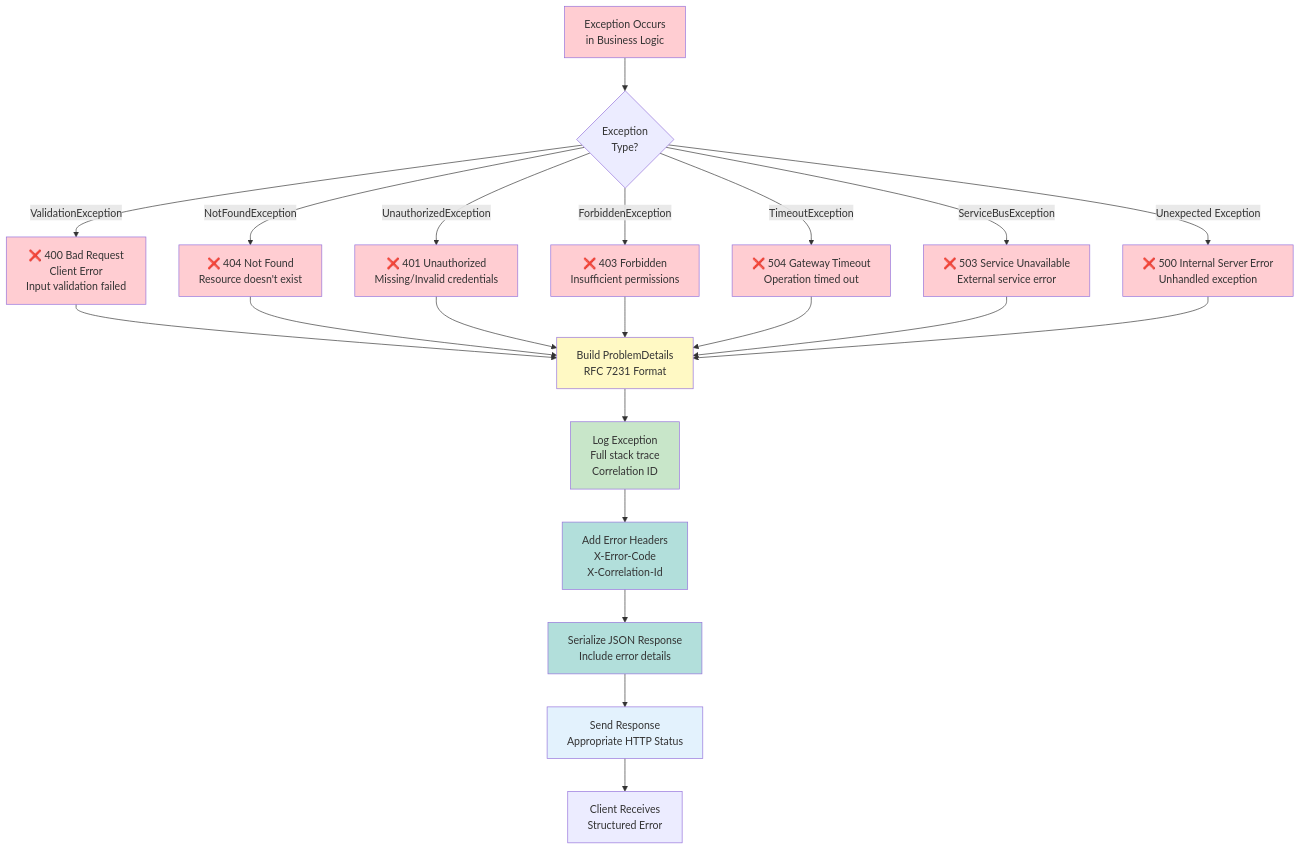
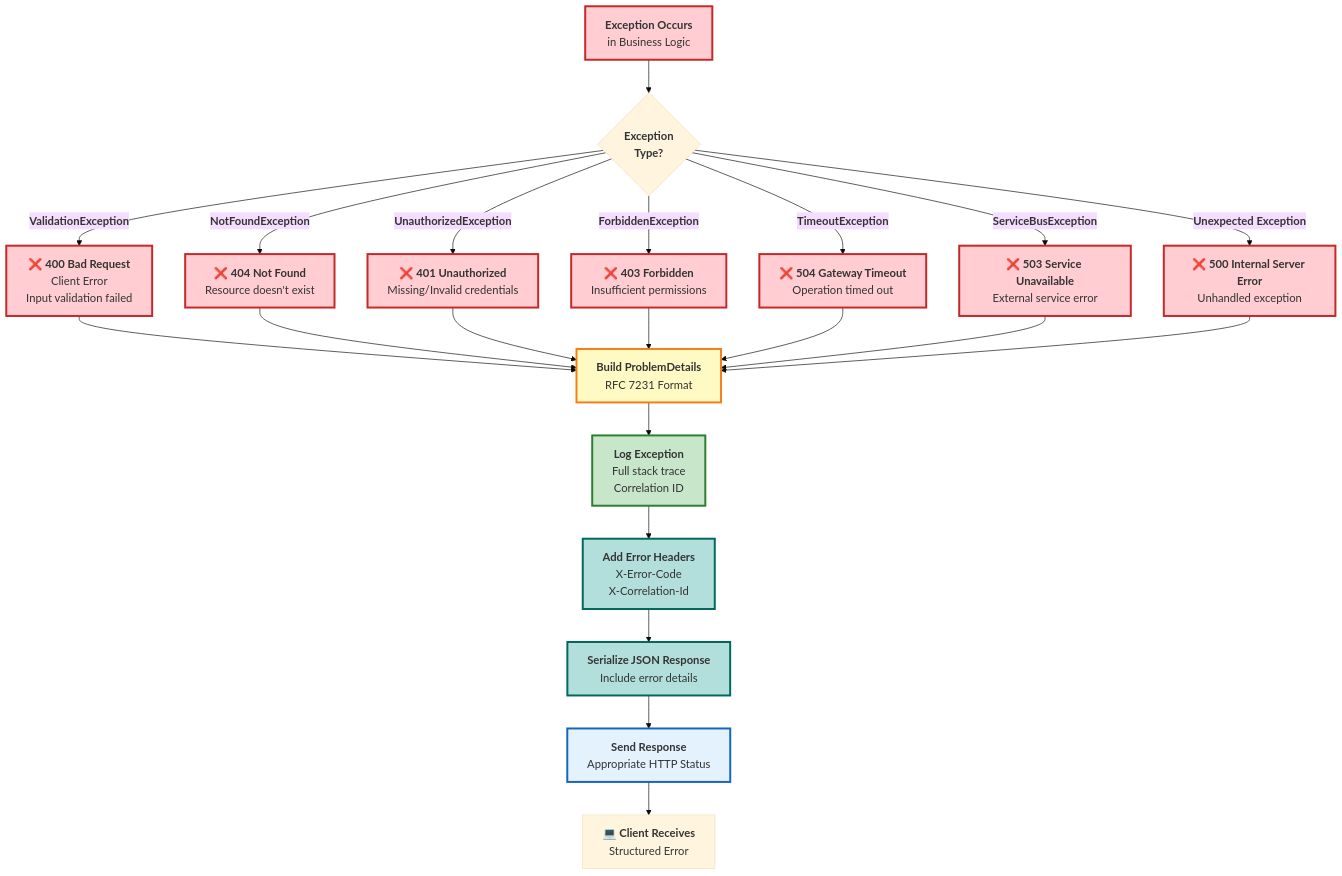
The ninth of 12 diagrams in services/api/ARCHITECTURE.md (debdevops/servicehub), drawn with Mermaid before and after one commit. The commit also changed other lines of this file, not shown here.

````diff
--- a/services/api/ARCHITECTURE.md
+++ b/services/api/ARCHITECTURE.md
@@ -513,40 +509,41 @@
 ```mermaid
+%%{init: {'theme':'base', 'themeVariables': { 'fontSize':'17px'}}}%%
 graph TD
-    A["Exception Occurs<br/>in Business Logic"] --> B{Exception<br/>Type?}
+    A["<b>Exception Occurs</b><br/>in Business Logic"] --> B{<b>Exception<br/>Type?</b>}
     
-    B -->|ValidationException| C["❌ 400 Bad Request<br/>Client Error<br/>Input validation failed"]
-    B -->|NotFoundException| D["❌ 404 Not Found<br/>Resource doesn't exist"]
-    B -->|UnauthorizedException| E["❌ 401 Unauthorized<br/>Missing/Invalid credentials"]
-    B -->|ForbiddenException| F["❌ 403 Forbidden<br/>Insufficient permissions"]
-    B -->|TimeoutException| G["❌ 504 Gateway Timeout<br/>Operation timed out"]
-    B -->|ServiceBusException| H["❌ 503 Service Unavailable<br/>External service error"]
-    B -->|Unexpected Exception| I["❌ 500 Internal Server Error<br/>Unhandled exception"]
+    B -->|<b>ValidationException</b>| C["❌ <b>400 Bad Request</b><br/>Client Error<br/>Input validation failed"]
+    B -->|<b>NotFoundException</b>| D["❌ <b>404 Not Found</b><br/>Resource doesn't exist"]
+    B -->|<b>UnauthorizedException</b>| E["❌ <b>401 Unauthorized</b><br/>Missing/Invalid credentials"]
+    B -->|<b>ForbiddenException</b>| F["❌ <b>403 Forbidden</b><br/>Insufficient permissions"]
+    B -->|<b>TimeoutException</b>| G["❌ <b>504 Gateway Timeout</b><br/>Operation timed out"]
+    B -->|<b>ServiceBusException</b>| H["❌ <b>503 Service Unavailable</b><br/>External service error"]
+    B -->|<b>Unexpected Exception</b>| I["❌ <b>500 Internal Server Error</b><br/>Unhandled exception"]
     
-    C --> J["Build ProblemDetails<br/>RFC 7231 Format"]
+    C --> J["<b>Build ProblemDetails</b><br/>RFC 7231 Format"]
     D --> J
     E --> J
     F --> J
     G --> J
     H --> J
     I --> J
     
-    J --> K["Log Exception<br/>Full stack trace<br/>Correlation ID"]
-    K --> L["Add Error Headers<br/>X-Error-Code<br/>X-Correlation-Id"]
-    L --> M["Serialize JSON Response<br/>Include error details"]
-    M --> N["Send Response<br/>Appropriate HTTP Status"]
-    N --> O["Client Receives<br/>Structured Error"]
+    J --> K["<b>Log Exception</b><br/>Full stack trace<br/>Correlation ID"]
+    K --> L["<b>Add Error Headers</b><br/>X-Error-Code<br/>X-Correlation-Id"]
+    L --> M["<b>Serialize JSON Response</b><br/>Include error details"]
+    M --> N["<b>Send Response</b><br/>Appropriate HTTP Status"]
+    N --> O["💻 <b>Client Receives</b><br/>Structured Error"]
 
-    style A fill:#ffcdd2
-    style C fill:#ffcdd2
-    style D fill:#ffcdd2
-    style E fill:#ffcdd2
-    style F fill:#ffcdd2
-    style G fill:#ffcdd2
-    style H fill:#ffcdd2
-    style I fill:#ffcdd2
-    style J fill:#fff9c4
-    style K fill:#c8e6c9
-    style L fill:#b2dfdb
-    style M fill:#b2dfdb
-    style N fill:#e3f2fd
+    style A fill:#ffcdd2,stroke:#c62828,stroke-width:3px
+    style C fill:#ffcdd2,stroke:#c62828,stroke-width:3px
+    style D fill:#ffcdd2,stroke:#c62828,stroke-width:3px
+    style E fill:#ffcdd2,stroke:#c62828,stroke-width:3px
+    style F fill:#ffcdd2,stroke:#c62828,stroke-width:3px
+    style G fill:#ffcdd2,stroke:#c62828,stroke-width:3px
+    style H fill:#ffcdd2,stroke:#c62828,stroke-width:3px
+    style I fill:#ffcdd2,stroke:#c62828,stroke-width:3px
+    style J fill:#fff9c4,stroke:#f57f17,stroke-width:3px
+    style K fill:#c8e6c9,stroke:#2e7d32,stroke-width:3px
+    style L fill:#b2dfdb,stroke:#00695c,stroke-width:3px
+    style M fill:#b2dfdb,stroke:#00695c,stroke-width:3px
+    style N fill:#e3f2fd,stroke:#1565c0,stroke-width:3px
 ```
````
